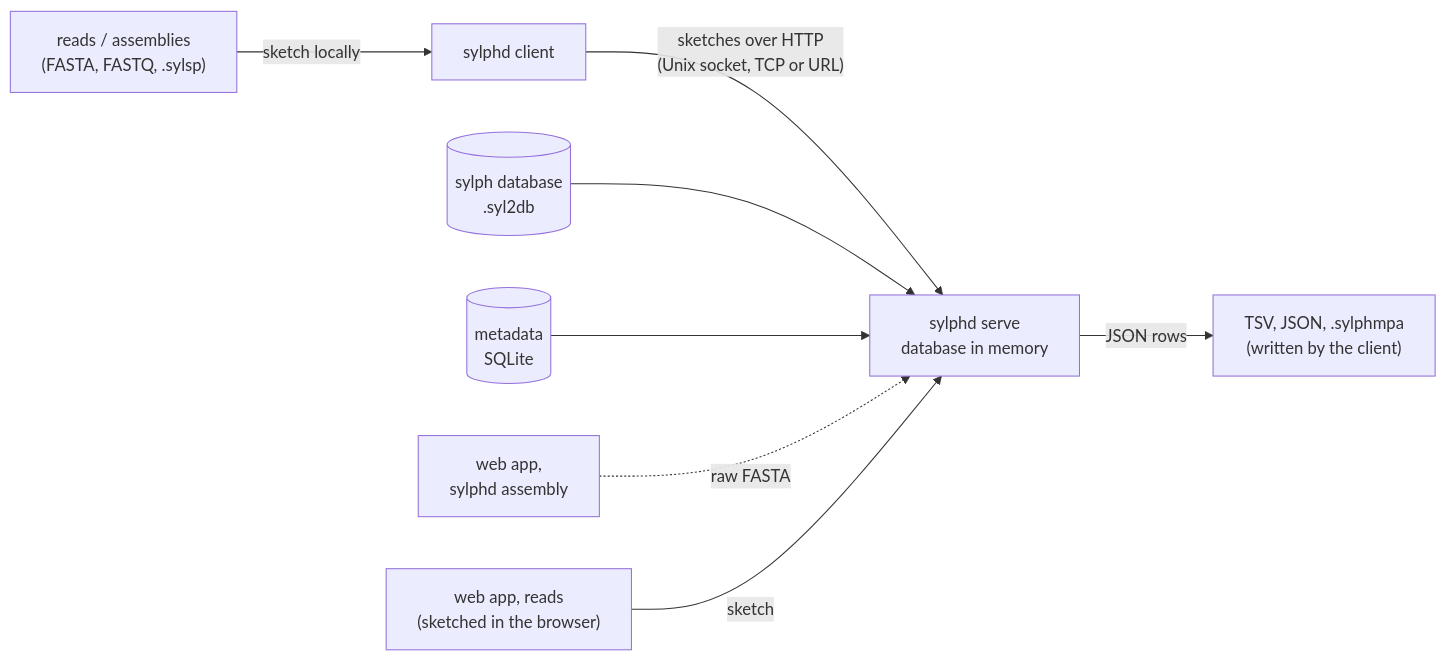
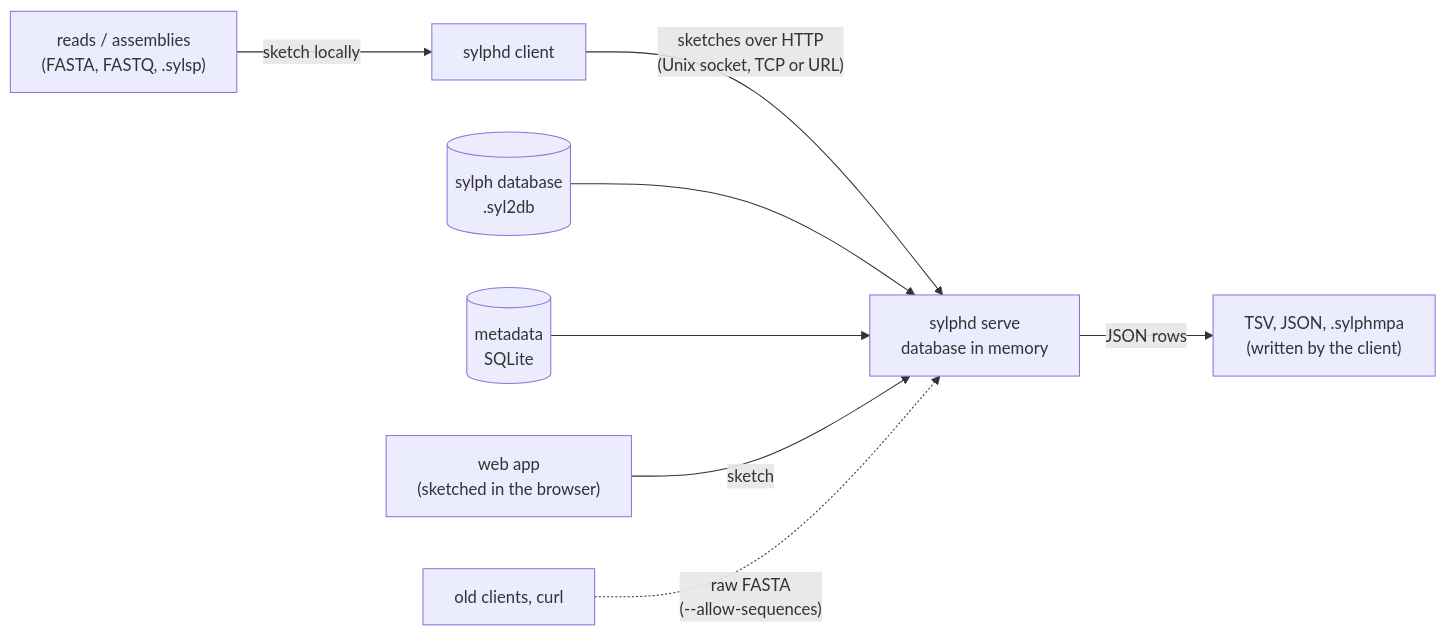
One commit to Abrinca/sylphd changed the diagram in docs/index.md. Above: the diagram before and after it, drawn with Mermaid. The commit also changed other lines of this file and 18 other files, not shown here.

Commit message:
web: Assembly mode sketches in the browser (shared sketching.js, GC counter in the sketch worker), sends application/vnd.sylph.sketch, raw upload as fallback; privacy copy, landing facts, terms; docs and changelog

````diff
--- a/docs/index.md
+++ b/docs/index.md
@@ -23,10 +23,10 @@
 ```mermaid
 flowchart LR
     R["reads / assemblies<br/>(FASTA, FASTQ, .sylsp)"] -->|"sketch locally"| C["sylphd client"]
     C -->|"sketches over HTTP<br/>(Unix socket, TCP or URL)"| S["sylphd serve<br/>database in memory"]
     S -->|"JSON rows"| T["TSV, JSON, .sylphmpa<br/>(written by the client)"]
     DB[("sylph database<br/>.syl2db")] --> S
     MD[("metadata<br/>SQLite")] --> S
-    W["web app,<br/>sylphd assembly"] -.->|"raw FASTA"| S
-    B["web app, reads<br/>(sketched in the browser)"] -->|"sketch"| S
+    B["web app<br/>(sketched in the browser)"] -->|"sketch"| S
+    W["old clients, curl"] -.->|"raw FASTA<br/>(--allow-sequences)"| S
 ```
````
